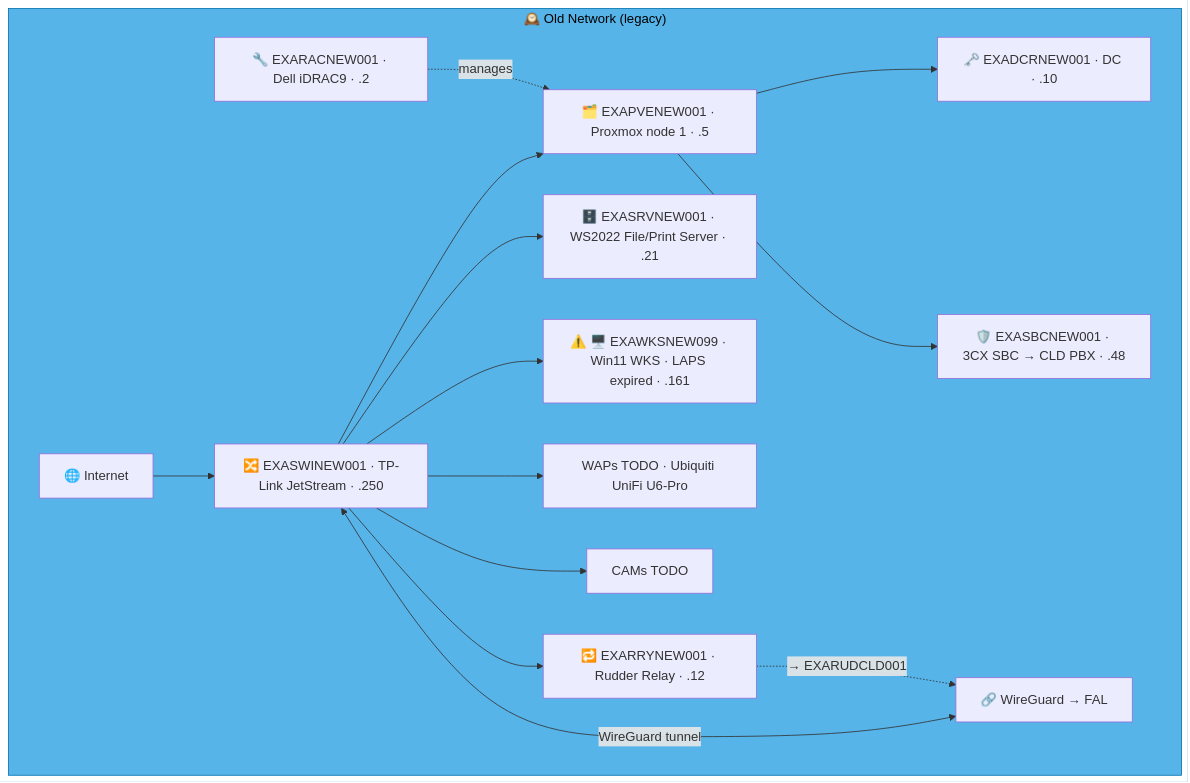
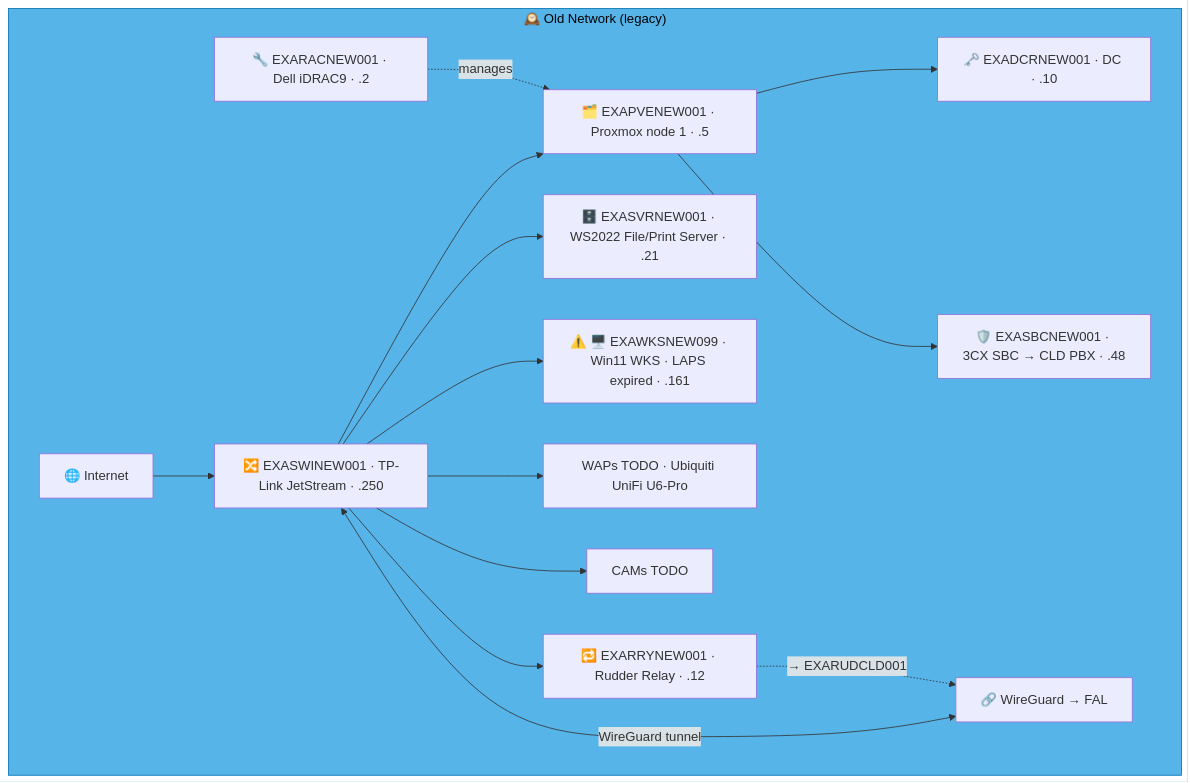
Before and after one commit to knightmare2600/example_music_infra: diagram 14 of 27 in docs/network-diagram/england.md, drawn with Mermaid. The commit also changed other lines of this file and 44 other files, not shown here.

````diff
--- a/docs/network-diagram/england.md
+++ b/docs/network-diagram/england.md
@@ -712,27 +712,27 @@
 ```mermaid
 graph TD
     subgraph OLD_NEW ["🕰️ Old Network (legacy)"]
       INET["🌐 Internet"]
       SW["🔀 EXASWINEW001 · TP-Link JetStream · .250"]
       RAC["🔧 EXARACNEW001 · Dell iDRAC9 · .2"]
       PVE["🗂️ EXAPVENEW001 · Proxmox node 1 · .5"]
       DC["🗝️ EXADCRNEW001 · DC · .10"]
       SBC["🛡️ EXASBCNEW001 · 3CX SBC → CLD PBX · .48"]
       RRY["🔁 EXARRYNEW001 · Rudder Relay · .12"]
-      SRV["🗄️ EXASRVNEW001 · WS2022 File/Print Server · .21"]
+      SRV["🗄️ EXASVRNEW001 · WS2022 File/Print Server · .21"]
       WKS["⚠️ 🖥️ EXAWKSNEW099 · Win11 WKS · LAPS expired · .161"]
       WAP["WAPs TODO · Ubiquiti UniFi U6-Pro"]
       CAM["CAMs TODO"]
       VPN["🔗 WireGuard → FAL"]
 
       INET --> SW
       SW --> PVE --> DC & SBC
       RAC -.->|"manages"| PVE
       SW --> SRV & WKS & WAP & CAM
       SW <-->|"WireGuard tunnel"| VPN
 
       SW --> RRY
       RRY -. "→ EXARUDCLD001" .-> VPN
     end
     style OLD_NEW fill:#56B4E9,stroke:#0072B2,color:#000000
 ```
````
